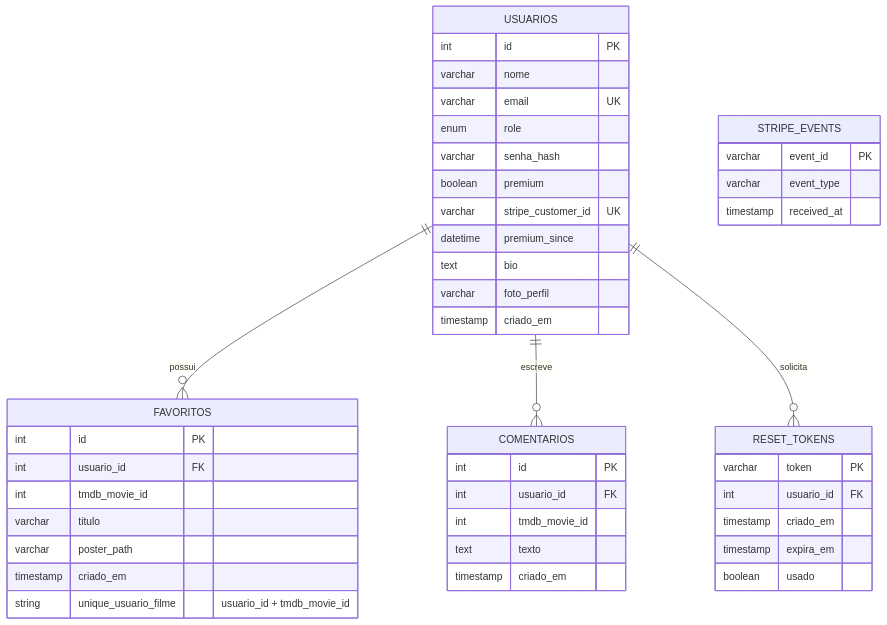
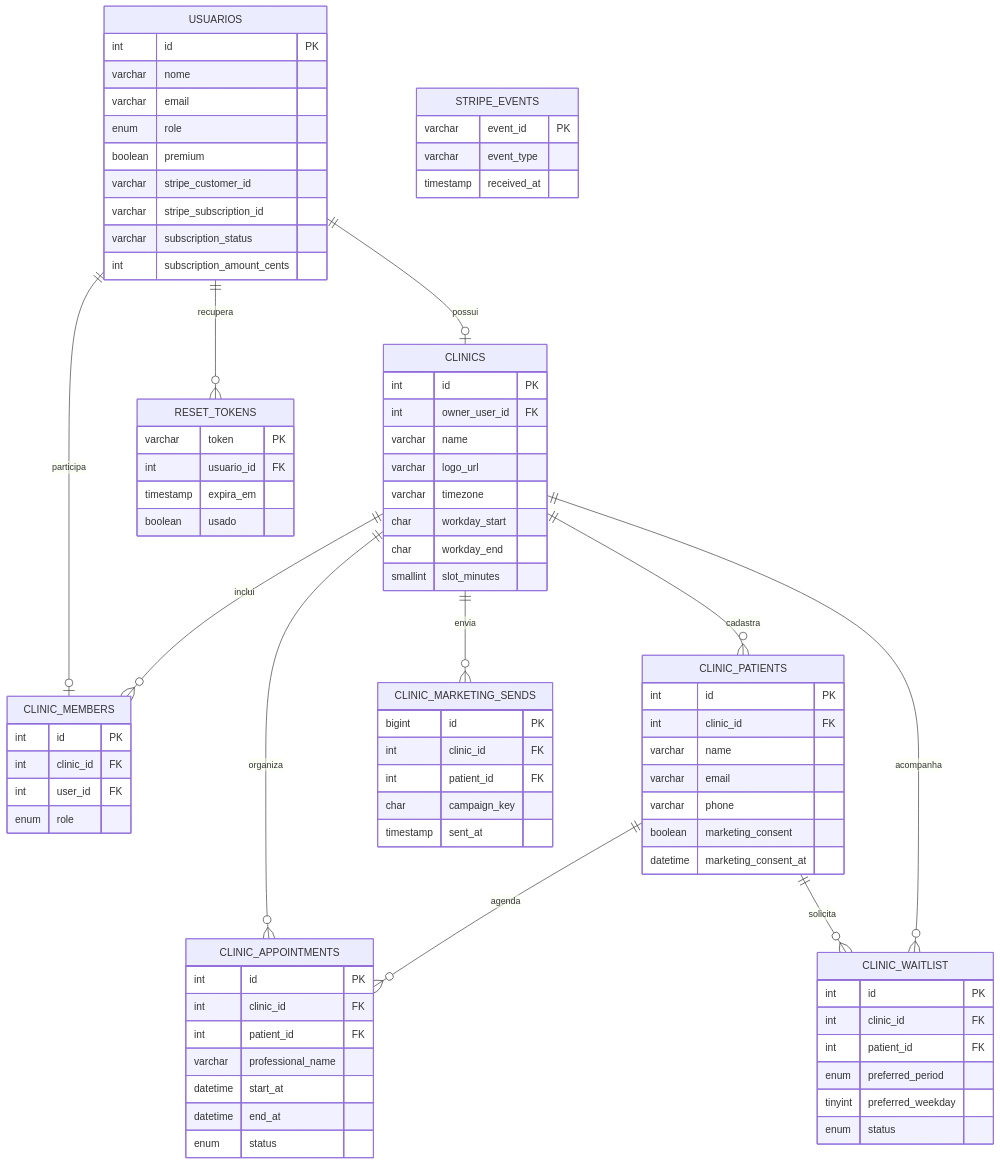
The second of 2 diagrams in DOCUMENTACAO.md (Douglas-Felipe-Mariano/TomHanksApp), drawn with Mermaid before and after one commit. The commit also changed other lines of this file and 4 other files, not shown here.

````diff
--- a/DOCUMENTACAO.md
+++ b/DOCUMENTACAO.md
@@ -116,48 +119,23 @@
 ```mermaid
 erDiagram
-    USUARIOS ||--o{ FAVORITOS : possui
-    USUARIOS ||--o{ COMENTARIOS : escreve
-    USUARIOS ||--o{ RESET_TOKENS : solicita
+  USUARIOS ||--o| CLINICS : possui
+  CLINICS ||--o{ CLINIC_MEMBERS : inclui
+  USUARIOS ||--o| CLINIC_MEMBERS : participa
+  CLINICS ||--o{ CLINIC_PATIENTS : cadastra
+  CLINIC_PATIENTS ||--o{ CLINIC_APPOINTMENTS : agenda
+  CLINICS ||--o{ CLINIC_APPOINTMENTS : organiza
+  CLINICS ||--o{ CLINIC_WAITLIST : acompanha
+  CLINIC_PATIENTS ||--o{ CLINIC_WAITLIST : solicita
+  CLINICS ||--o{ CLINIC_MARKETING_SENDS : envia
+  USUARIOS ||--o{ RESET_TOKENS : recupera
 
-    USUARIOS {
-        int id PK
-        varchar nome
-        varchar email UK
-        enum role
-        varchar senha_hash
-        boolean premium
-        varchar stripe_customer_id UK
-        datetime premium_since
-        text bio
-        varchar foto_perfil
-        timestamp criado_em
-    }
-    FAVORITOS {
-        int id PK
-        int usuario_id FK
-        int tmdb_movie_id
-        varchar titulo
-        varchar poster_path
-        timestamp criado_em
-        string unique_usuario_filme "usuario_id + tmdb_movie_id"
-    }
-    COMENTARIOS {
-        int id PK
-        int usuario_id FK
-        int tmdb_movie_id
-        text texto
-        timestamp criado_em
-    }
-    RESET_TOKENS {
-        varchar token PK
-        int usuario_id FK
-        timestamp criado_em
-        timestamp expira_em
-        boolean usado
-    }
-    STRIPE_EVENTS {
-        varchar event_id PK
-        varchar event_type
-        timestamp received_at
-    }
+  USUARIOS { int id PK varchar nome varchar email enum role boolean premium varchar stripe_customer_id varchar stripe_subscription_id varchar subscription_status int subscription_amount_cents }
+  CLINICS { int id PK int owner_user_id FK varchar name varchar logo_url varchar timezone char workday_start char workday_end smallint slot_minutes }
+  CLINIC_MEMBERS { int id PK int clinic_id FK int user_id FK enum role }
+  CLINIC_PATIENTS { int id PK int clinic_id FK varchar name varchar email varchar phone boolean marketing_consent datetime marketing_consent_at }
+  CLINIC_APPOINTMENTS { int id PK int clinic_id FK int patient_id FK varchar professional_name datetime start_at datetime end_at enum status }
+  CLINIC_WAITLIST { int id PK int clinic_id FK int patient_id FK enum preferred_period tinyint preferred_weekday enum status }
+  CLINIC_MARKETING_SENDS { bigint id PK int clinic_id FK int patient_id FK char campaign_key timestamp sent_at }
+  RESET_TOKENS { varchar token PK int usuario_id FK timestamp expira_em boolean usado }
+  STRIPE_EVENTS { varchar event_id PK varchar event_type timestamp received_at }
 ```
````
